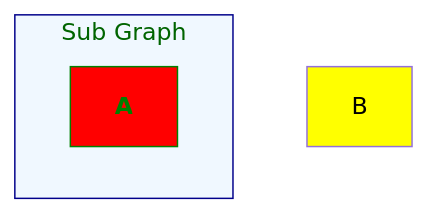
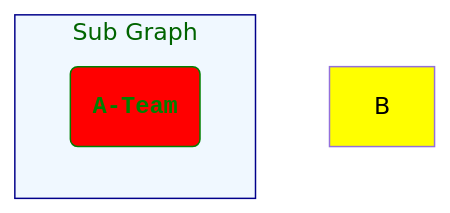
One commit to jrcs3/Mermaid-Demo changed the first of 9 diagrams in style.md. Above: the diagram before and after it, drawn with Mermaid. The commit also changed other lines of this file and 4 other files, not shown here.

````diff
--- a/style.md
+++ b/style.md
@@ -19,13 +19,13 @@
 ``` mermaid
 graph TB
  %% styles
-  style A fill:red,color:green,font-weight:bold,stroke:green
+  style A fill:red,color:green,font-weight:bold,stroke:green,font-family:monospace
   style B fill:yellow,color:black
   style sg fill:aliceblue,color:darkgreen,stroke:darkblue
 
   %% Nodes
   subgraph sg[Sub Graph]
-  A
+  A(A-Team)
   end
   B
 ```
````
